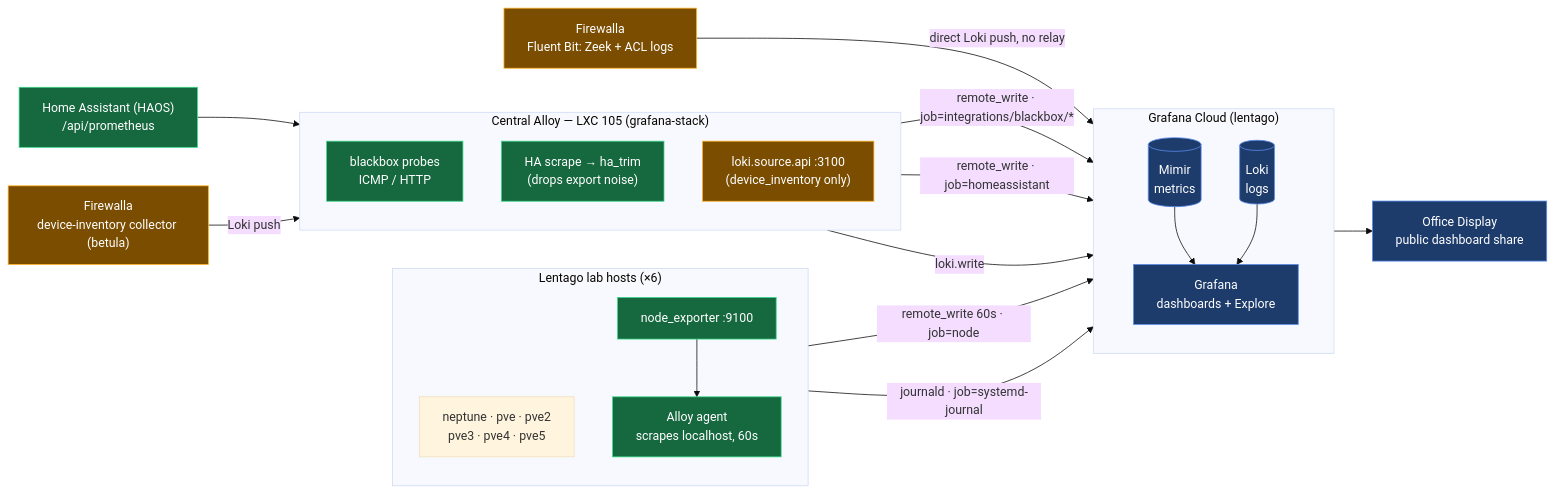
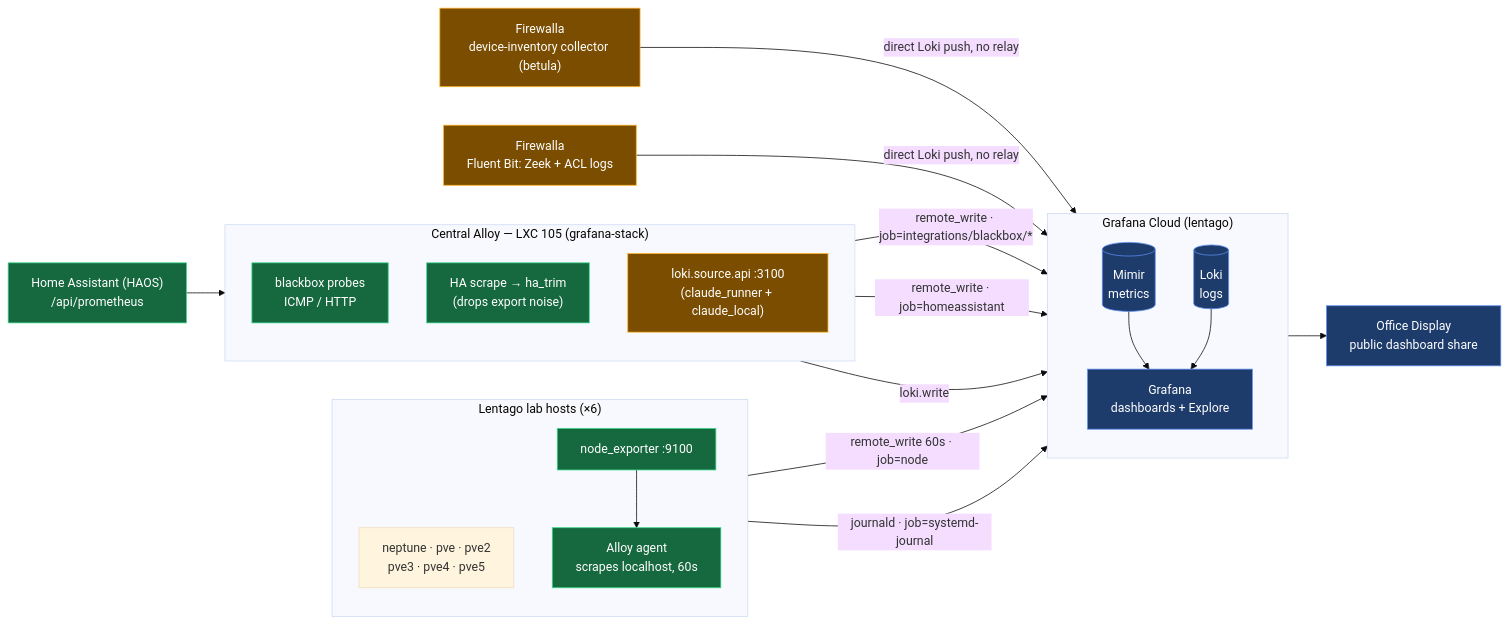
Before and after one commit to lentago/drosera: the first of 2 diagrams in docs/metrics-flow.md, drawn with Mermaid (base theme). The commit also changed other lines of this file and 8 other files, not shown here.

Commit message:
docs: device_inventory pushes direct; :3100 receiver serves claytonia + cost-export (#243) (#246)

````diff
--- a/docs/metrics-flow.md
+++ b/docs/metrics-flow.md
@@ -8,49 +8,49 @@
 ```mermaid
 flowchart LR
   subgraph hosts["Lentago lab hosts (×6)"]
     direction TB
     names["neptune · pve · pve2<br/>pve3 · pve4 · pve5"]
     ne["node_exporter :9100"]
     agent["Alloy agent<br/>scrapes localhost, 60s"]
     ne --> agent
   end
 
   haos["Home Assistant (HAOS)<br/>/api/prometheus"]
   fw["Firewalla<br/>Fluent Bit: Zeek + ACL logs"]
   fwdev["Firewalla<br/>device-inventory collector (betula)"]
 
   subgraph central["Central Alloy — LXC 105 (grafana-stack)"]
     direction TB
     bb["blackbox probes<br/>ICMP / HTTP"]
     hascrape["HA scrape → ha_trim<br/>(drops export noise)"]
-    lokirecv["loki.source.api :3100<br/>(device_inventory only)"]
+    lokirecv["loki.source.api :3100<br/>(claude_runner + claude_local)"]
   end
 
   subgraph cloud["Grafana Cloud (lentago)"]
     direction TB
     mimir[("Mimir<br/>metrics")]
     lokidb[("Loki<br/>logs")]
     grafana["Grafana<br/>dashboards + Explore"]
     mimir --> grafana
     lokidb --> grafana
   end
 
   display["Office Display<br/>public dashboard share"]
 
   agent -- "remote_write 60s · job=node" --> mimir
   agent -- "journald · job=systemd-journal" --> lokidb
   haos --> hascrape
   bb -- "remote_write · job=integrations/blackbox/*" --> mimir
   hascrape -- "remote_write · job=homeassistant" --> mimir
-  fwdev -- "Loki push" --> lokirecv
+  fwdev -- "direct Loki push, no relay" --> lokidb
   fw -- "direct Loki push, no relay" --> lokidb
   lokirecv -- "loki.write" --> lokidb
   grafana --> display
 
   classDef metric fill:#16683f,stroke:#39d98a,color:#fff;
   classDef logs fill:#7a4d00,stroke:#ffb020,color:#fff;
   classDef sink fill:#1d3b6b,stroke:#5b8def,color:#fff;
   class ne,agent,bb,hascrape,haos metric;
   class fw,fwdev,lokirecv logs;
   class mimir,lokidb,grafana,display sink;
 ```
````
